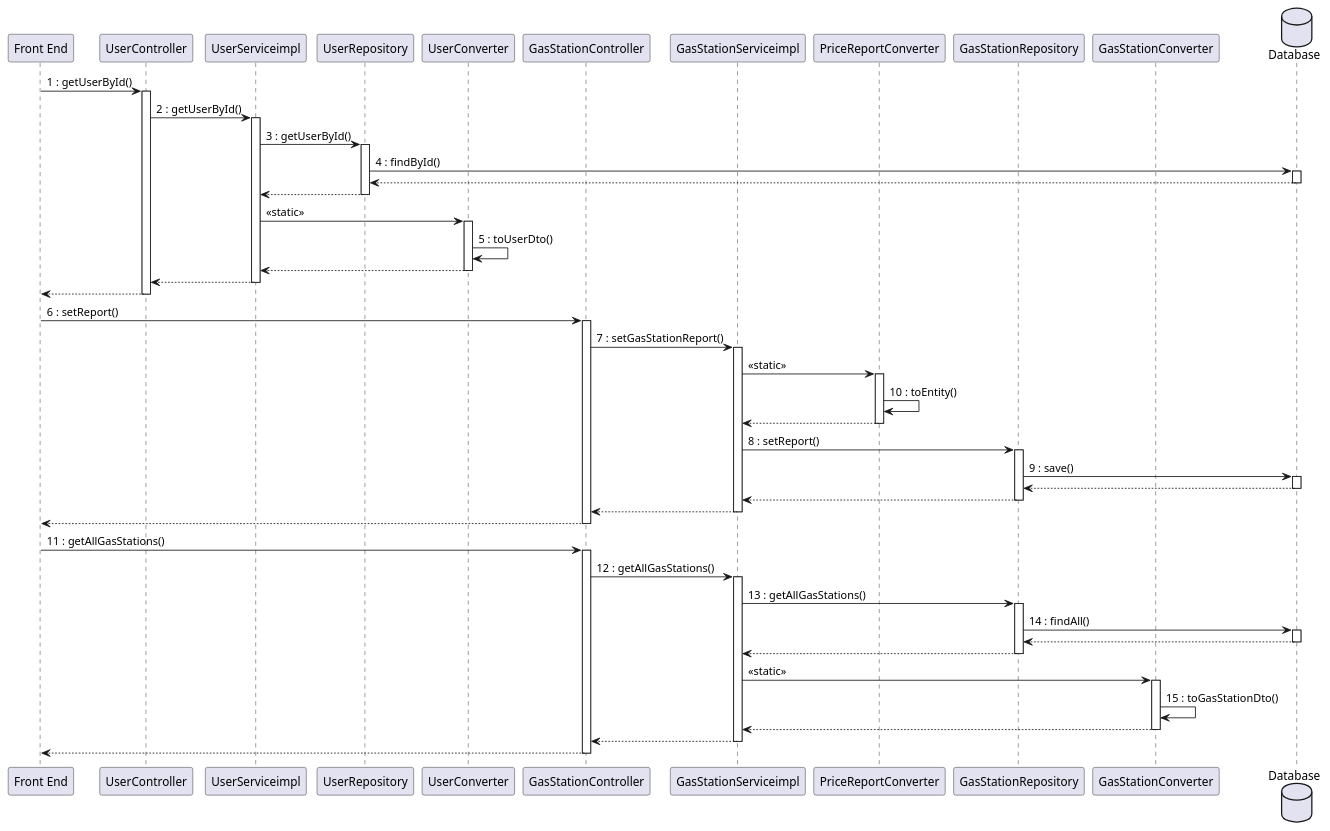
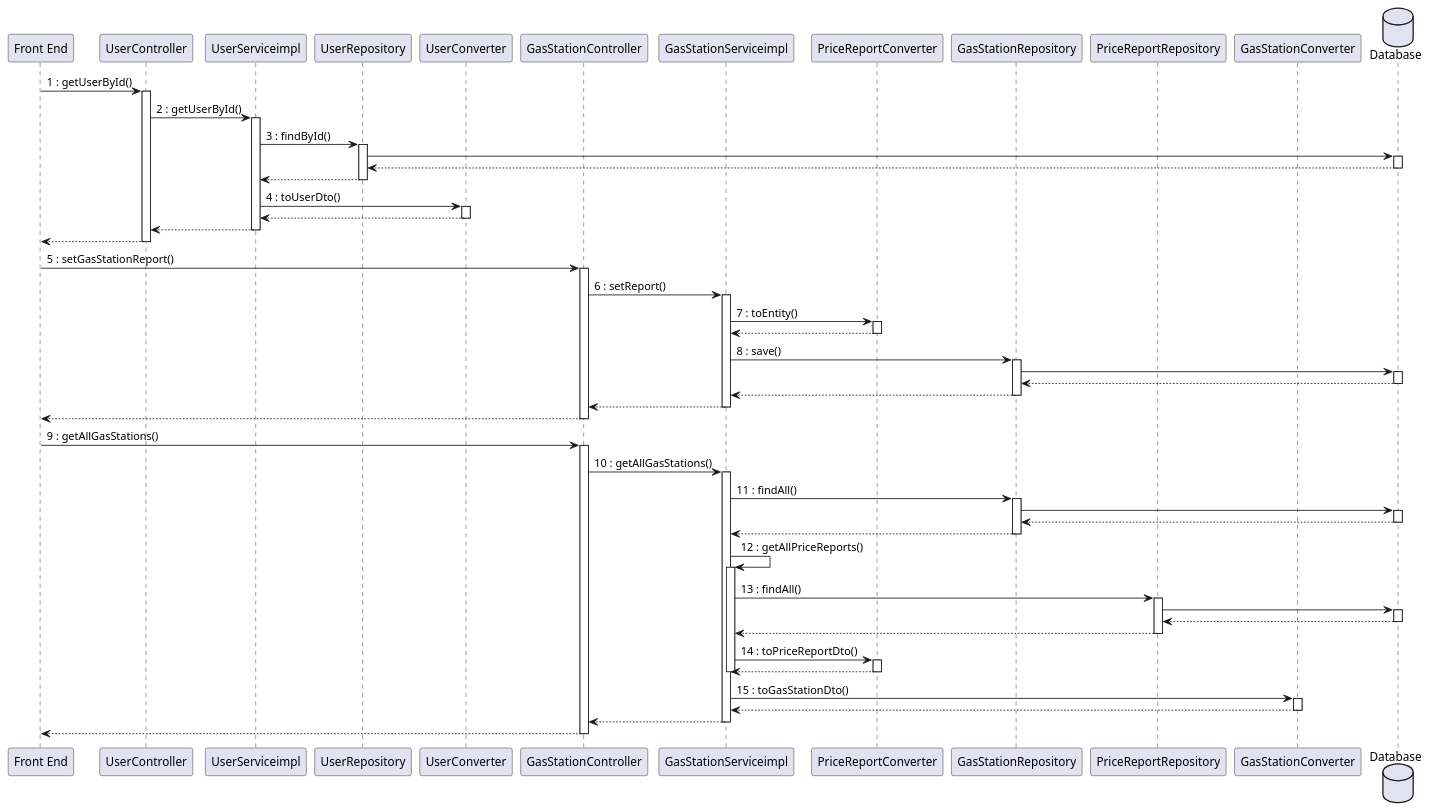
One commit to mosTavassoli/ezgas changed diagram 11 of 15 in docs/DesignDocument.md. Above: the diagram before and after it, drawn with PlantUML. The commit also changed other lines of this file, not shown here.

Commit message:
docs(DesignDocument): fix and improve sequence diagrams

````diff
--- a/docs/DesignDocument.md
+++ b/docs/DesignDocument.md
@@ -721,53 +736,62 @@
 ```plantuml
 database Database order 30
 "Front End" -> UserController:1 : getUserById()
 activate UserController
 UserController -> UserServiceimpl:2 : getUserById()
 activate UserServiceimpl
-UserServiceimpl -> UserRepository:3 : getUserById()
+UserServiceimpl -> UserRepository:3 : findById()
 activate UserRepository
-UserRepository -> Database:4 : findById()
+UserRepository -> Database
 activate Database
 return
 return
-UserServiceimpl -> UserConverter:<<static>>
+UserServiceimpl -> UserConverter:4 : toUserDto()
 activate UserConverter
-UserConverter -> UserConverter:5 : toUserDto()
 return
 return
 return
 
-"Front End" -> GasStationController:6 : setReport()
+"Front End" -> GasStationController:5 : setGasStationReport()
 activate GasStationController
-GasStationController -> GasStationServiceimpl:7 : setGasStationReport()
+GasStationController -> GasStationServiceimpl:6 : setReport()
 activate GasStationServiceimpl
-GasStationServiceimpl -> PriceReportConverter:<<static>>
+GasStationServiceimpl -> PriceReportConverter:7 : toEntity()
 activate PriceReportConverter
-PriceReportConverter -> PriceReportConverter:10 : toEntity()
 return
-GasStationServiceimpl -> GasStationRepository:8 : setReport()
+GasStationServiceimpl -> GasStationRepository:8 : save()
 activate GasStationRepository
-GasStationRepository -> Database:9 : save()
+GasStationRepository -> Database
 activate Database
 return
 return
 return
 return
 
-"Front End" -> GasStationController:11 : getAllGasStations()
+"Front End" -> GasStationController:9 : getAllGasStations()
 activate GasStationController
-GasStationController -> GasStationServiceimpl:12 : getAllGasStations()
+GasStationController -> GasStationServiceimpl:10 : getAllGasStations()
 activate GasStationServiceimpl
-GasStationServiceimpl -> GasStationRepository:13 : getAllGasStations()
+GasStationServiceimpl -> GasStationRepository:11 : findAll()
 activate GasStationRepository
-GasStationRepository -> Database:14 : findAll()
+GasStationRepository -> Database
 activate Database
 return
 return
-GasStationServiceimpl -> GasStationConverter:<<static>>
+GasStationServiceimpl -> GasStationServiceimpl:12 : getAllPriceReports()
+activate GasStationServiceimpl
+GasStationServiceimpl -> PriceReportRepository:13 : findAll()
+activate PriceReportRepository
+PriceReportRepository -> Database
+activate Database
+return
+return
+GasStationServiceimpl -> PriceReportConverter:14 : toPriceReportDto()
+activate PriceReportConverter
+return
+deactivate GasStationServiceimpl
+GasStationServiceimpl -> GasStationConverter:15 : toGasStationDto()
 activate GasStationConverter
-GasStationConverter -> GasStationConverter:15 : toGasStationDto()
 return
 return
 return
 ```
````
